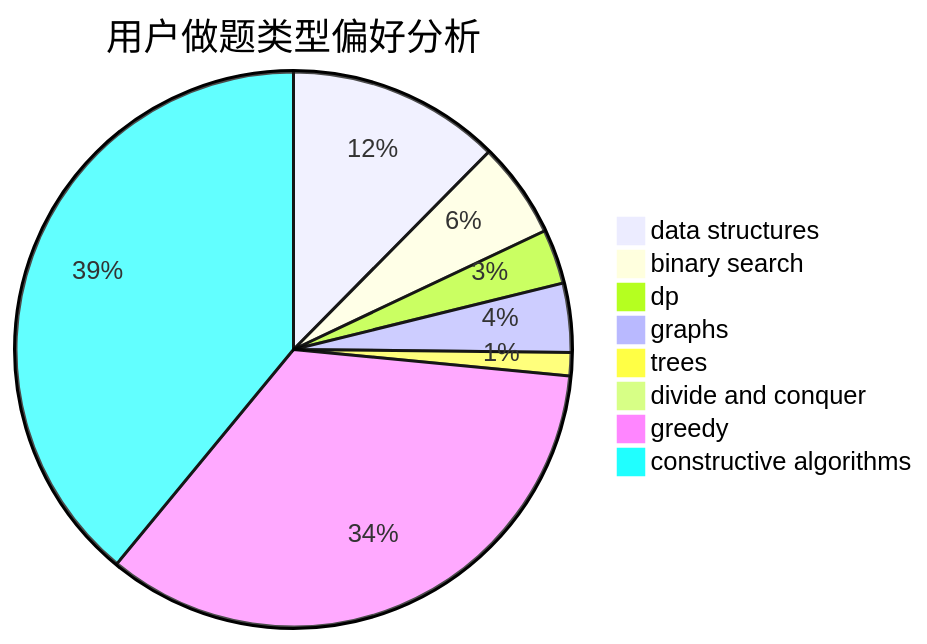
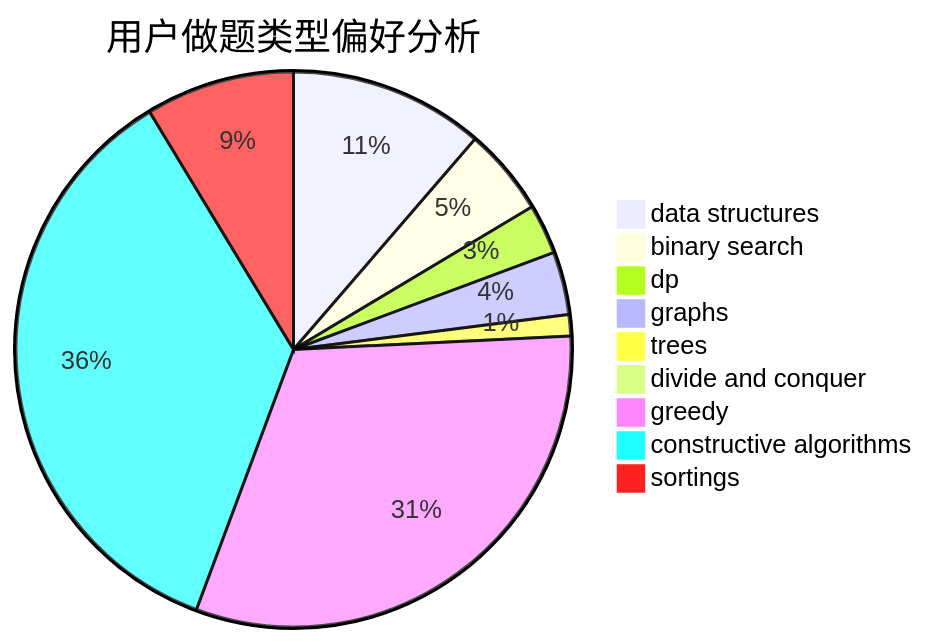
Before and after one commit to sherpahu/cfrs.github.io: the second of 3 diagrams in docs/user/u2059.md, drawn with Mermaid. The commit also changed other lines of this file and 2769 other files, not shown here.

````diff
--- a/docs/user/u2059.md
+++ b/docs/user/u2059.md
@@ -23,11 +18,12 @@
 ```mermaid
 pie title 用户做题类型偏好分析
     "data structures" :  238
     "binary search" :  107
     "dp" :  61
     "graphs" :  77
     "trees" :  26
     "divide and conquer" :  0
     "greedy" :  661
     "constructive algorithms" :  749
+    "sortings" :  182
 ```
````
